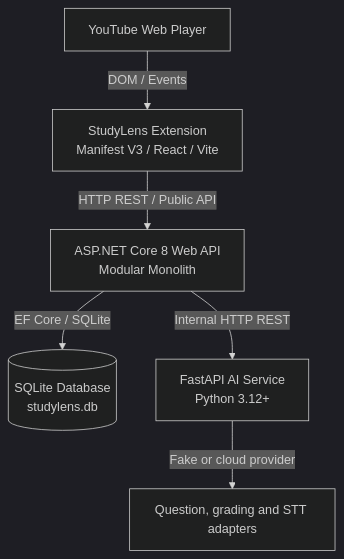
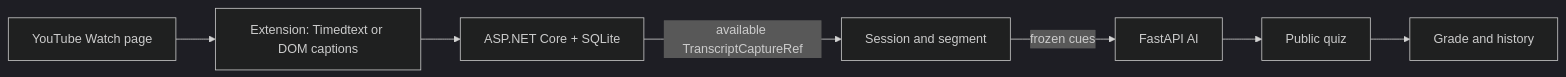
Before and after one commit to tungnguyen1208/StudylensAI: the diagram in docs/architecture/README.md, drawn with Mermaid (dark theme). The commit also changed other lines of this file and 135 other files, not shown here.

````diff
--- a/docs/architecture/README.md
+++ b/docs/architecture/README.md
@@ -15,8 +7,9 @@
 ```mermaid
-flowchart TD
-    YT[YouTube Web Player] -->|DOM / Events| EXT[StudyLens Extension<br/>Manifest V3 / React / Vite]
-    EXT -->|HTTP REST / Public API| API[ASP.NET Core 8 Web API<br/>Modular Monolith]
-    API -->|EF Core / SQLite| DB[(SQLite Database<br/>studylens.db)]
-    API -->|Internal HTTP REST| AI[FastAPI AI Service<br/>Python 3.12+]
-    AI -->|Fake or cloud provider| FAKE[Question, grading and STT adapters]
+flowchart LR
+  Y[YouTube Watch page] --> E[Extension: Timedtext or DOM captions]
+  E --> B[ASP.NET Core + SQLite]
+  B -->|available TranscriptCaptureRef| S[Session and segment]
+  S -->|frozen cues| A[FastAPI AI]
+  A --> Q[Public quiz]
+  Q --> H[Grade and history]
 ```
````
